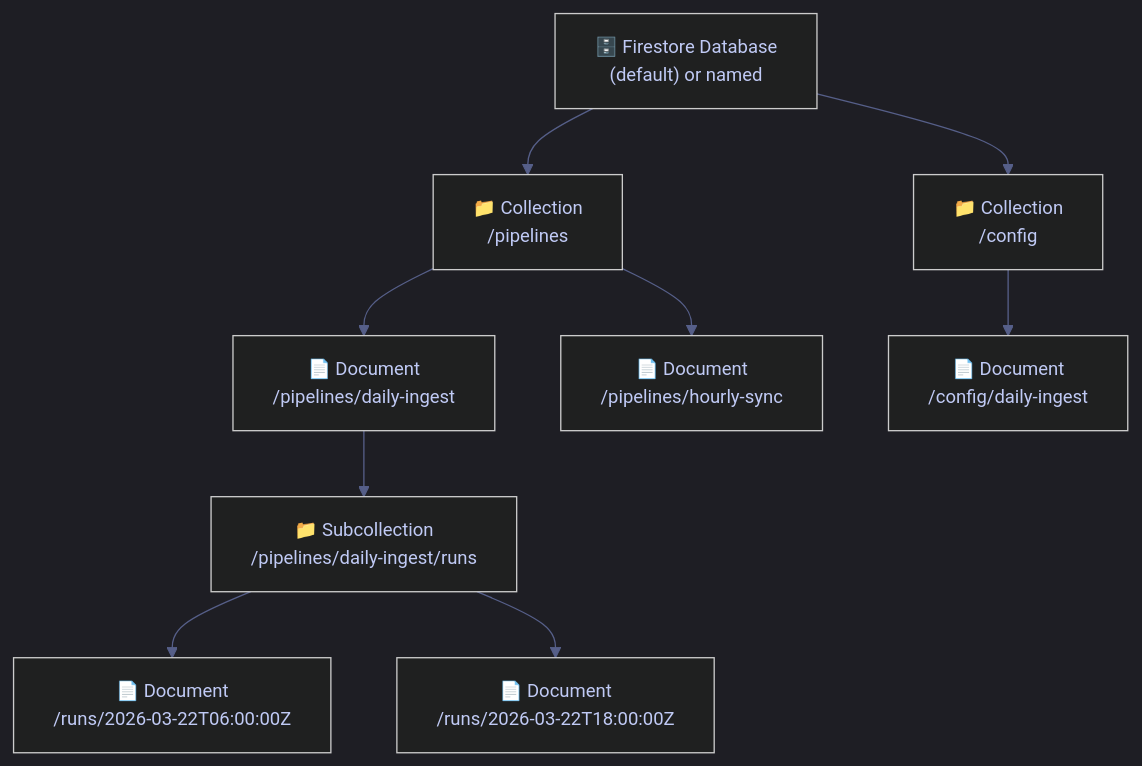
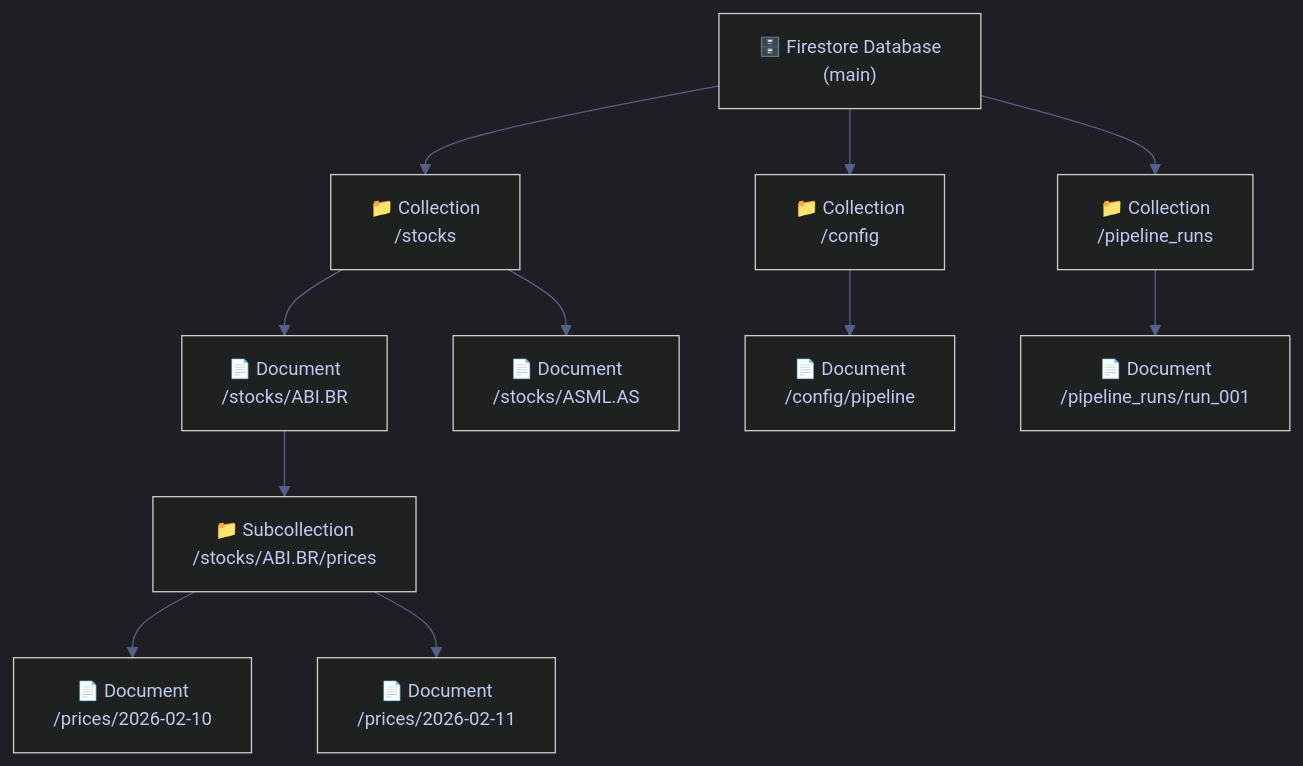
Before and after one commit to alp78/elysium: the first of 2 diagrams in content/06-GCP/04-Firestore/01-firestore-data-model-and-operations.md, drawn with Mermaid. The commit also changed other lines of this file and 1 other file, not shown here.

Commit message:
Sync Vault

````diff
--- a/content/06-GCP/04-Firestore/01-firestore-data-model-and-operations.md
+++ b/content/06-GCP/04-Firestore/01-firestore-data-model-and-operations.md
@@ -146,33 +149,37 @@
 ```mermaid
 %%{init: {'theme': 'dark', 'themeVariables': {
   'primaryColor': '#292e42',
   'primaryTextColor': '#c0caf5',
   'primaryBorderColor': '#565f89',
   'lineColor': '#565f89',
   'secondaryColor': '#1a1b26',
   'tertiaryColor': '#24283b',
   'noteTextColor': '#c0caf5',
   'noteBkgColor': '#292e42',
   'textColor': '#c0caf5',
   'fontSize': '14px'
 }}}%%
 flowchart TD
-    DB["🗄️ Firestore Database<br>(default) or named"]
-    C1["📁 Collection<br>/pipelines"]
-    C2["📁 Collection<br>/config"]
-    D1["📄 Document<br>/pipelines/daily-ingest"]
-    D2["📄 Document<br>/pipelines/hourly-sync"]
-    D3["📄 Document<br>/config/daily-ingest"]
-    SC["📁 Subcollection<br>/pipelines/daily-ingest/runs"]
-    SD1["📄 Document<br>/runs/2026-03-22T06:00:00Z"]
-    SD2["📄 Document<br>/runs/2026-03-22T18:00:00Z"]
+    DB["🗄️ Firestore Database\n(main)"]
+    C1["📁 Collection\n/stocks"]
+    C2["📁 Collection\n/config"]
+    C3["📁 Collection\n/pipeline_runs"]
+    D1["📄 Document\n/stocks/ABI.BR"]
+    D2["📄 Document\n/stocks/ASML.AS"]
+    D3["📄 Document\n/config/pipeline"]
+    D4["📄 Document\n/pipeline_runs/run_001"]
+    SC["📁 Subcollection\n/stocks/ABI.BR/prices"]
+    SD1["📄 Document\n/prices/2026-02-10"]
+    SD2["📄 Document\n/prices/2026-02-11"]
 
     DB --> C1
     DB --> C2
+    DB --> C3
     C1 --> D1
     C1 --> D2
     C2 --> D3
+    C3 --> D4
     D1 --> SC
     SC --> SD1
     SC --> SD2
 ```
````
